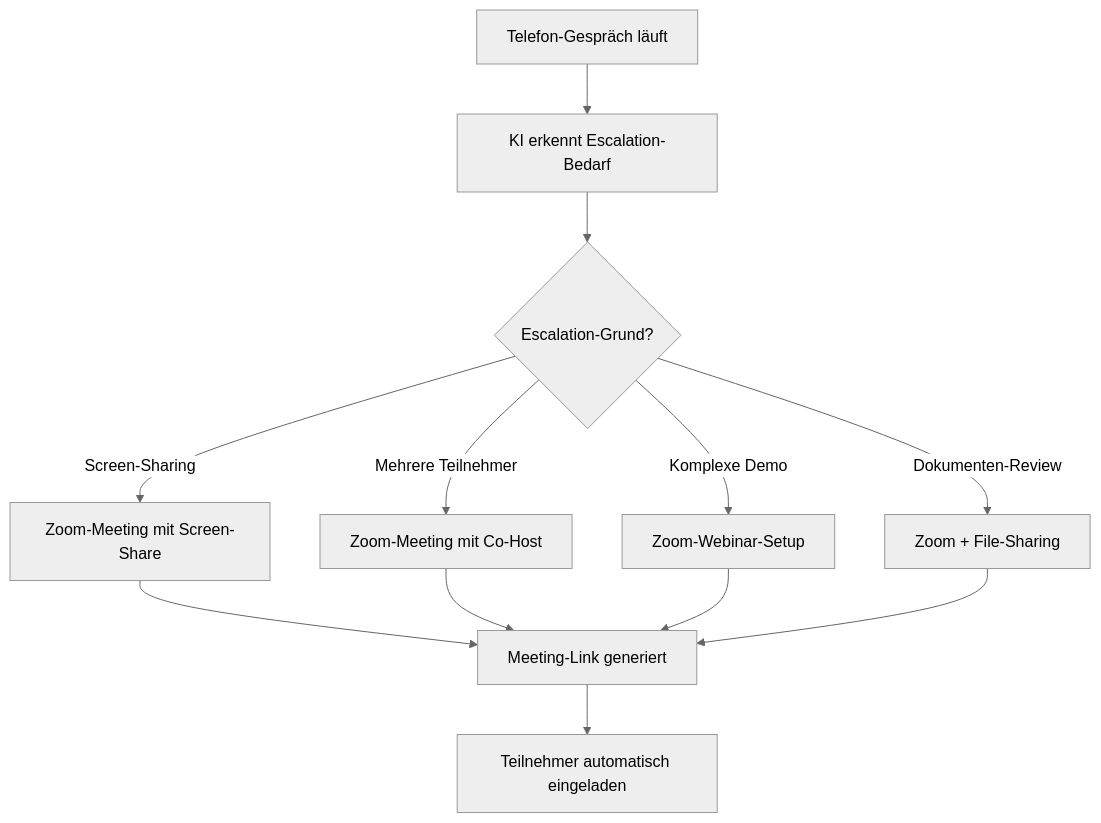
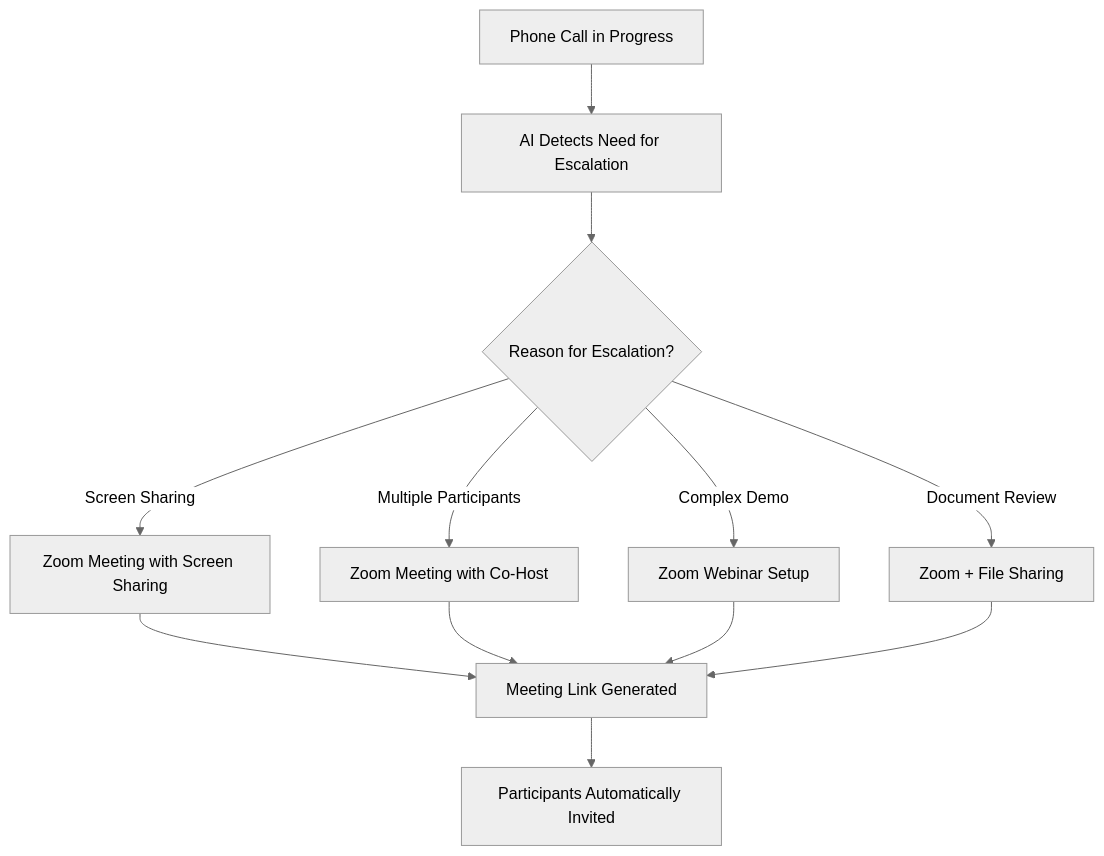
One commit to bekgroup/Famulor-docs-de changed the diagram in en/automation-platform/integrations/einzelintegrations/zoom.mdx. Above: the diagram before and after it, drawn with Mermaid (neutral theme). The commit also changed other lines of this file and 273 other files, not shown here.

````diff
--- a/en/automation-platform/integrations/einzelintegrations/zoom.mdx
+++ b/en/automation-platform/integrations/einzelintegrations/zoom.mdx
@@ -35,14 +34,14 @@
 ```mermaid
 graph TD
-    A[Telefon-Gespräch läuft] --> B[KI erkennt Escalation-Bedarf]
-    B --> C{Escalation-Grund?}
-    C -->|Screen-Sharing| D[Zoom-Meeting mit Screen-Share]
-    C -->|Mehrere Teilnehmer| E[Zoom-Meeting mit Co-Host]
-    C -->|Komplexe Demo| F[Zoom-Webinar-Setup]
-    C -->|Dokumenten-Review| G[Zoom + File-Sharing]
-    D --> H[Meeting-Link generiert]
+    A[Phone Call in Progress] --> B[AI Detects Need for Escalation]
+    B --> C{Reason for Escalation?}
+    C -->|Screen Sharing| D[Zoom Meeting with Screen Sharing]
+    C -->|Multiple Participants| E[Zoom Meeting with Co-Host]
+    C -->|Complex Demo| F[Zoom Webinar Setup]
+    C -->|Document Review| G[Zoom + File Sharing]
+    D --> H[Meeting Link Generated]
     E --> H
     F --> H
     G --> H
-    H --> I[Teilnehmer automatisch eingeladen]
+    H --> I[Participants Automatically Invited]
 ```
````
